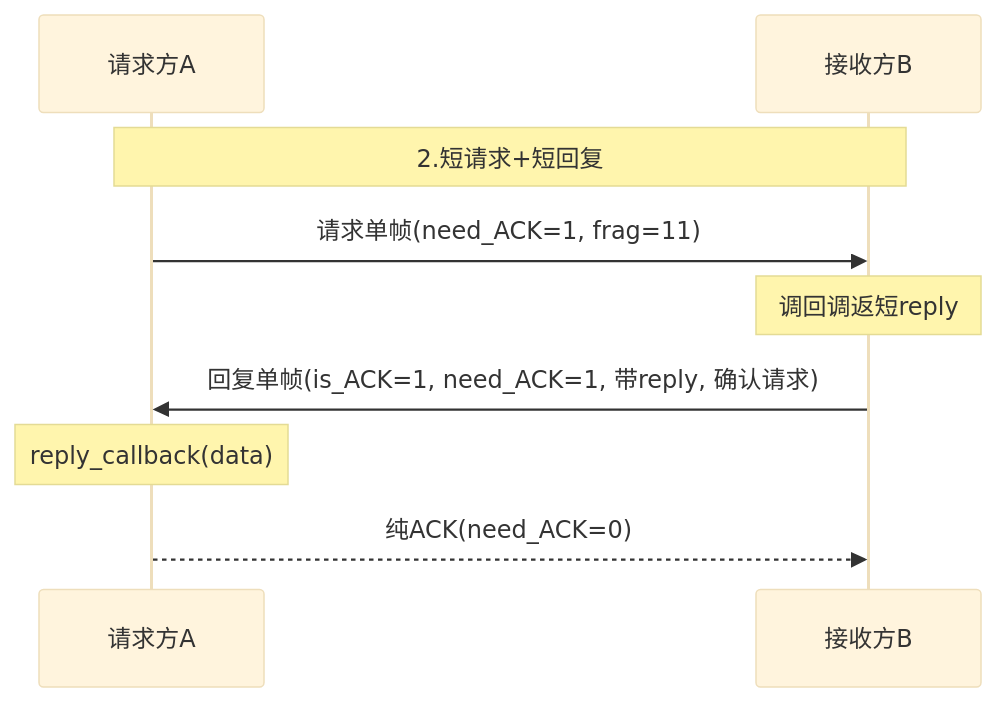
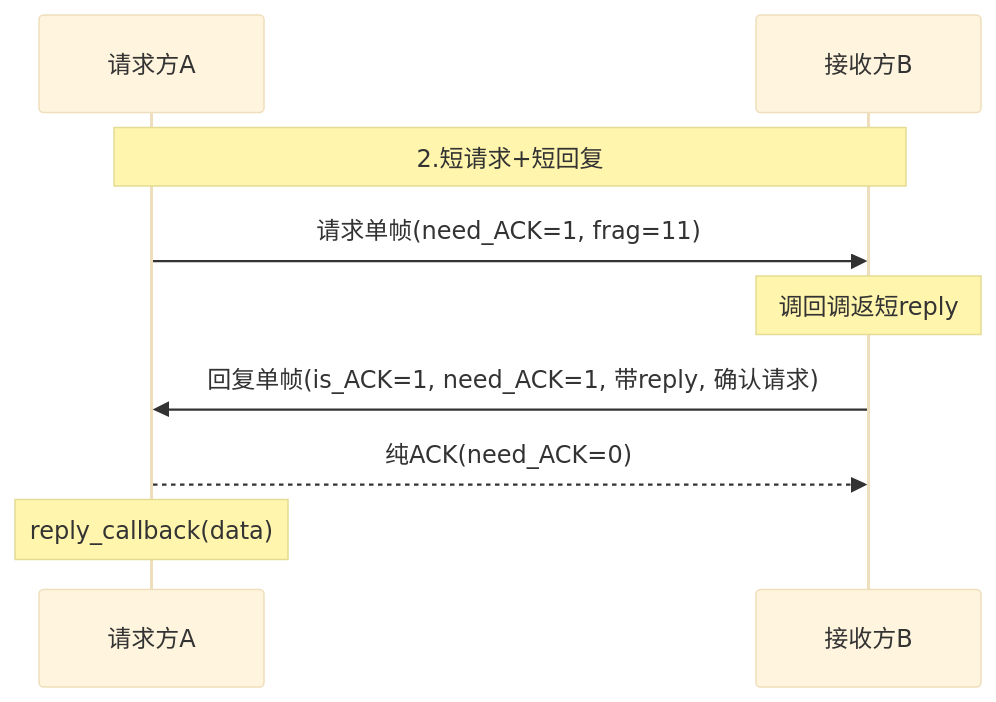
The second of 13 diagrams in 工作/项目/代码/260401S3分拣面板-SIA-R9000P.md (Siaiai/ObsidianNote), drawn with Mermaid (base theme) before and after one commit. The commit also changed other lines of this file and 1 other file, not shown here.

````diff
--- a/工作/项目/代码/260401S3分拣面板-SIA-R9000P.md
+++ b/工作/项目/代码/260401S3分拣面板-SIA-R9000P.md
@@ -120,11 +120,11 @@
 ```mermaid
 sequenceDiagram
     participant A as 请求方A
     participant B as 接收方B
     Note over A,B: 2.短请求+短回复
     A->>B: 请求单帧(need_ACK=1, frag=11)
     Note over B: 调回调返短reply
     B->>A: 回复单帧(is_ACK=1, need_ACK=1, 带reply, 确认请求)
+    A-->>B: 纯ACK(need_ACK=0)
     Note over A: reply_callback(data)
-    A-->>B: 纯ACK(need_ACK=0)
 ```
````
